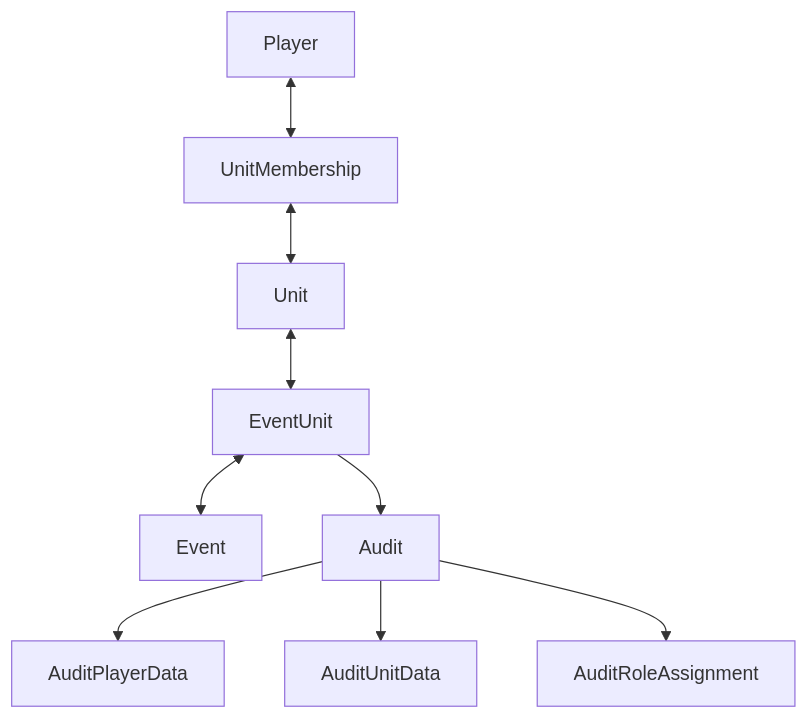
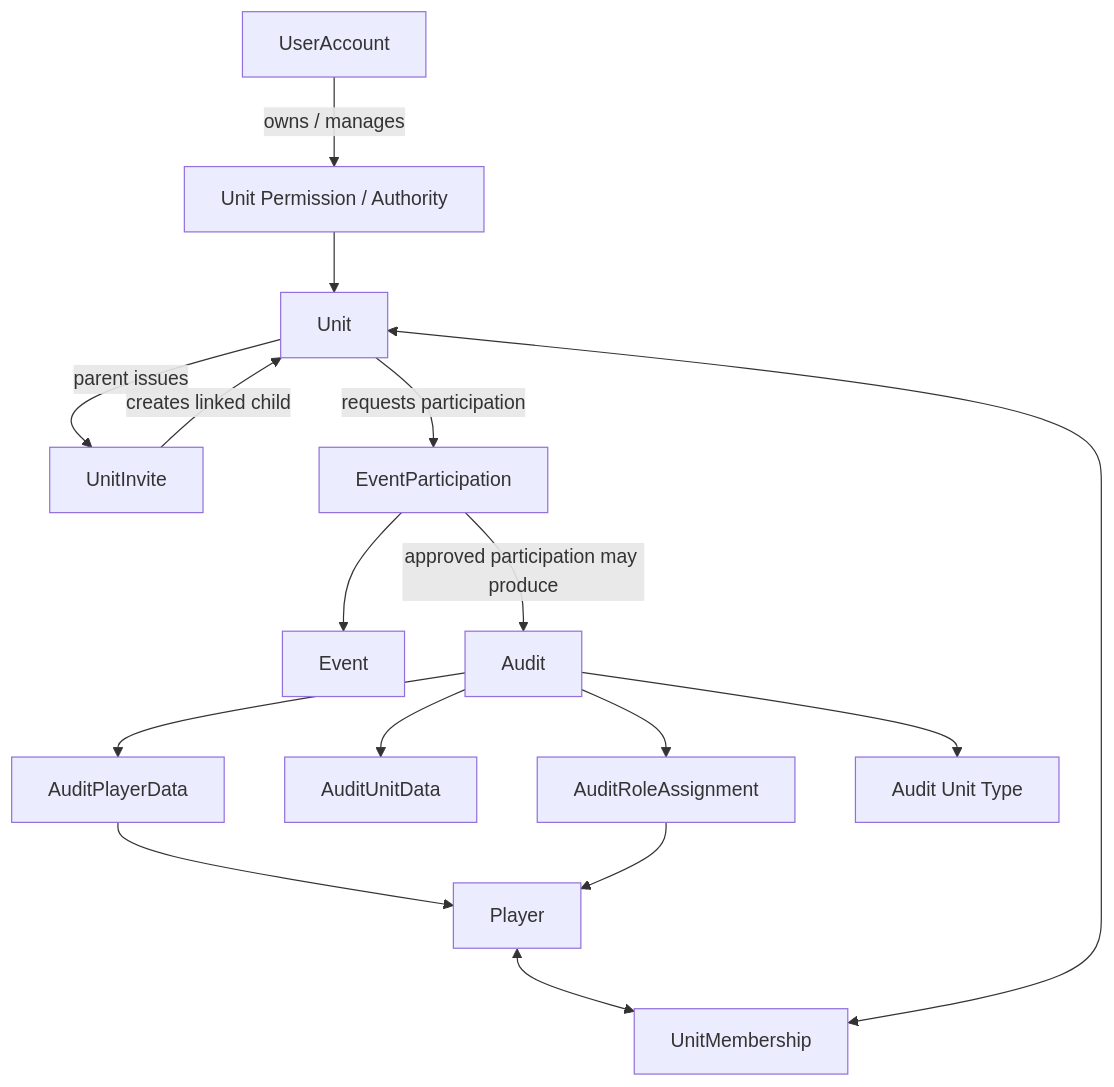
One commit to n-nu/morale.gg changed the second of 3 diagrams in docs/architecture.md. Above: the diagram before and after it, drawn with Mermaid. The commit also changed other lines of this file and 34 other files, not shown here.

````diff
--- a/docs/architecture.md
+++ b/docs/architecture.md
@@ -32,21 +343,45 @@
 ```mermaid
 flowchart TB
+
+    user[UserAccount]
+    permission[Unit Permission / Authority]
+
+    unit[Unit]
+    invite[UnitInvite]
+
     player[Player]
     membership[UnitMembership]
-    unit[Unit]
-    eventUnit[EventUnit]
+
     event[Event]
+    participation[EventParticipation]
+
     audit[Audit]
     playerData[AuditPlayerData]
     unitData[AuditUnitData]
-    role[AuditRoleAssignment]
+    roles[AuditRoleAssignment]
+    unitType[Audit Unit Type]
+
+    user -->|owns / manages| permission
+    permission --> unit
+
+    unit -->|parent issues| invite
+    invite -->|creates linked child| unit
 
     player <--> membership
     membership <--> unit
-    unit <--> eventUnit
-    eventUnit <--> event
-    eventUnit --> audit
+
+    unit -->|requests participation| participation
+    participation --> event
+
+    participation -->|approved participation may produce| audit
+
     audit --> playerData
+    playerData --> player
+
     audit --> unitData
-    audit --> role
+
+    audit --> roles
+    roles --> player
+
+    audit --> unitType
 ```
````
